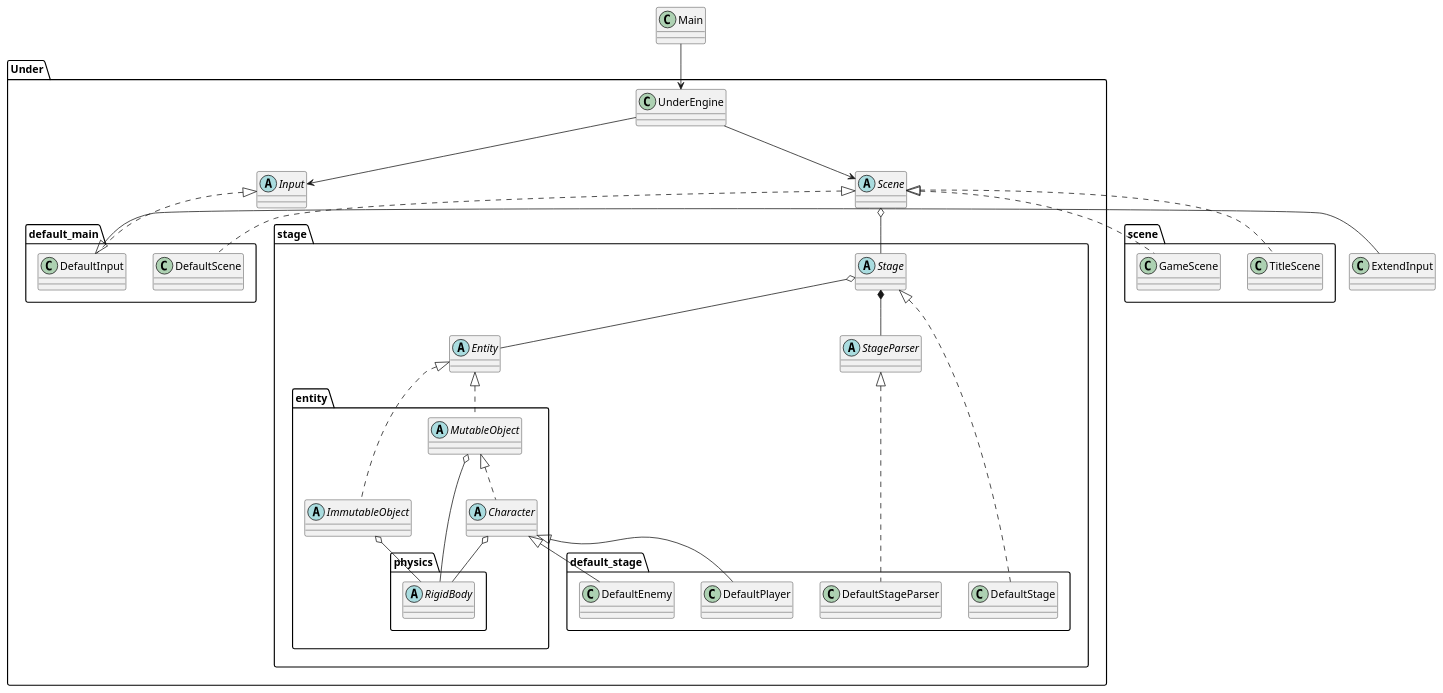
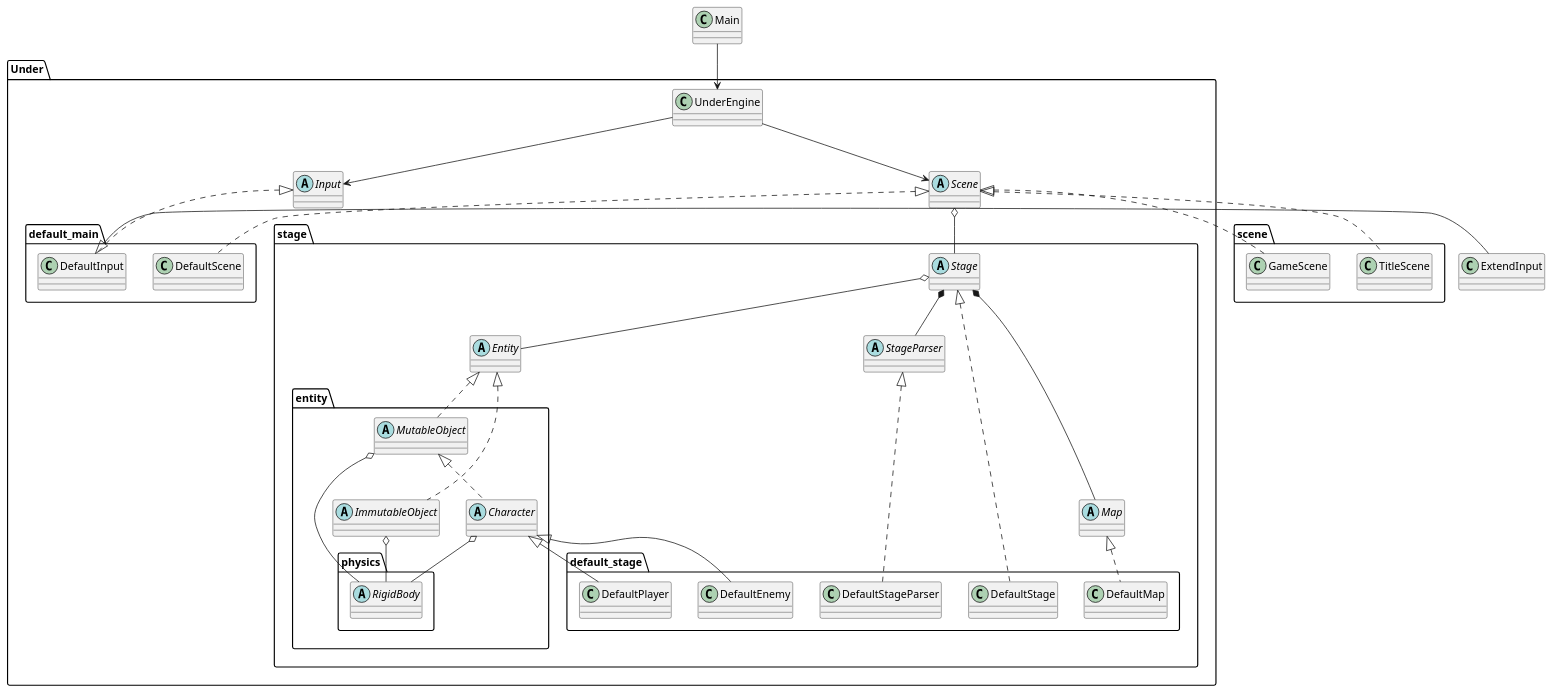
The diagram in uml/UnderEngine.wsd (Expine/Under), drawn with PlantUML before and after one commit. The commit also changed 27 other files, not shown here.

```diff
--- a/uml/UnderEngine.wsd
+++ b/uml/UnderEngine.wsd
@@ -1,74 +1,77 @@
 @startuml UnderEngine
 
 package Under {
     class UnderEngine
     abstract Scene
     abstract Input
 
     package default_main {
         class DefaultScene
         class DefaultInput
     }
 
     package stage {
         abstract Stage
+        abstract Map
         abstract Entity
         abstract StageParser
 
         package entity {
             abstract ImmutableObject
             abstract MutableObject
             abstract Character
 
             package physics {
                 abstract RigidBody
             }
         }
 
         package default_stage {
             class DefaultStage
+            class DefaultMap
             class DefaultStageParser
             class DefaultPlayer
             class DefaultEnemy
         }
     }
 }
 
 package scene {
     class TitleScene
     class GameScene
 }
 
 Main --> UnderEngine
 
 UnderEngine --> Input
 UnderEngine --> Scene
 
 Input <|.. DefaultInput
 DefaultInput <|- ExtendInput
 
 Scene <|.. DefaultScene
 Scene o-- Stage
 
 Scene <|.. TitleScene
 Scene <|.. GameScene
 
 Stage o-- Entity
-
+Stage *-- Map
 Stage *-- StageParser
 
 Entity <|.. ImmutableObject
 Entity <|.. MutableObject
 MutableObject <|.. Character
 
 Character <|-- DefaultPlayer
 Character <|-- DefaultEnemy
 
 ImmutableObject o-- RigidBody
 MutableObject o-- RigidBody
 Character o-- RigidBody
 
 Stage <|.. DefaultStage
+Map <|.. DefaultMap
 StageParser <|.. DefaultStageParser
 
 @enduml
```
